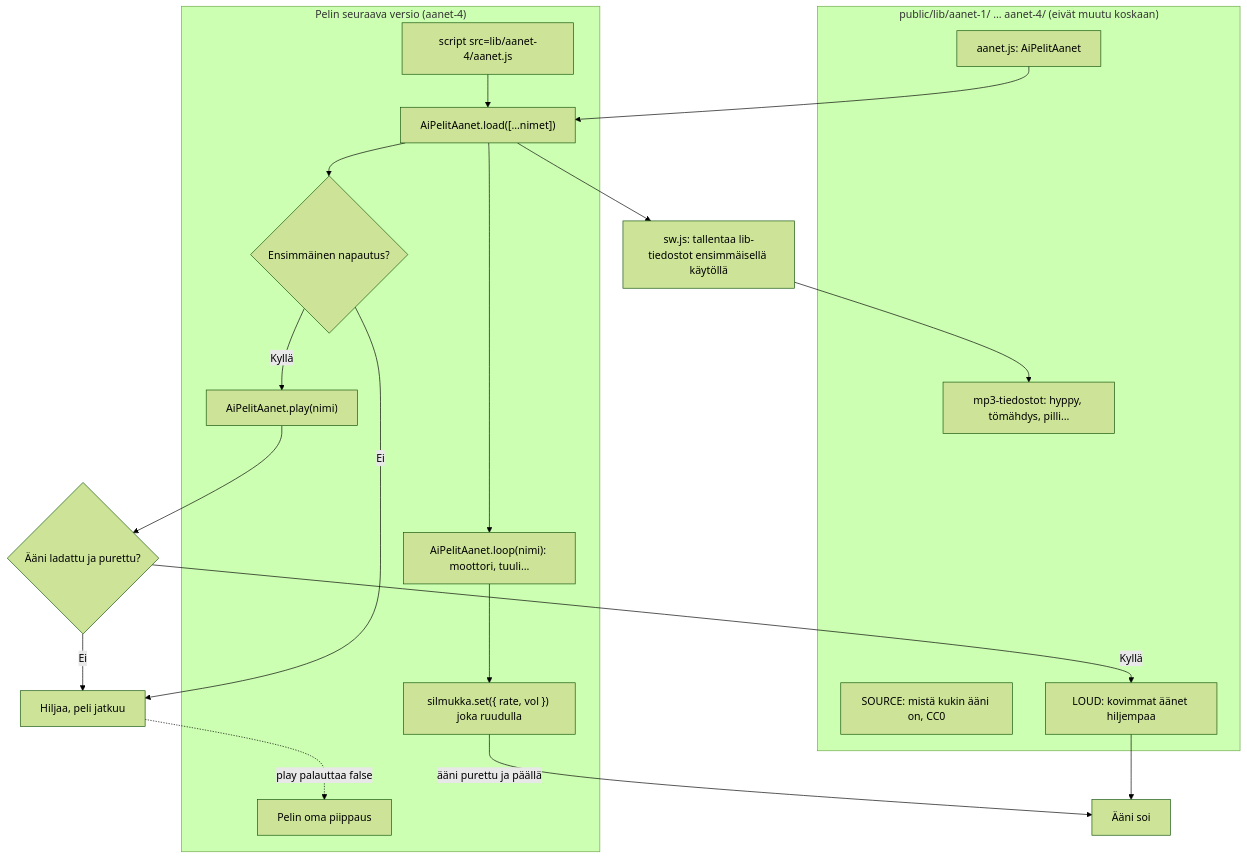
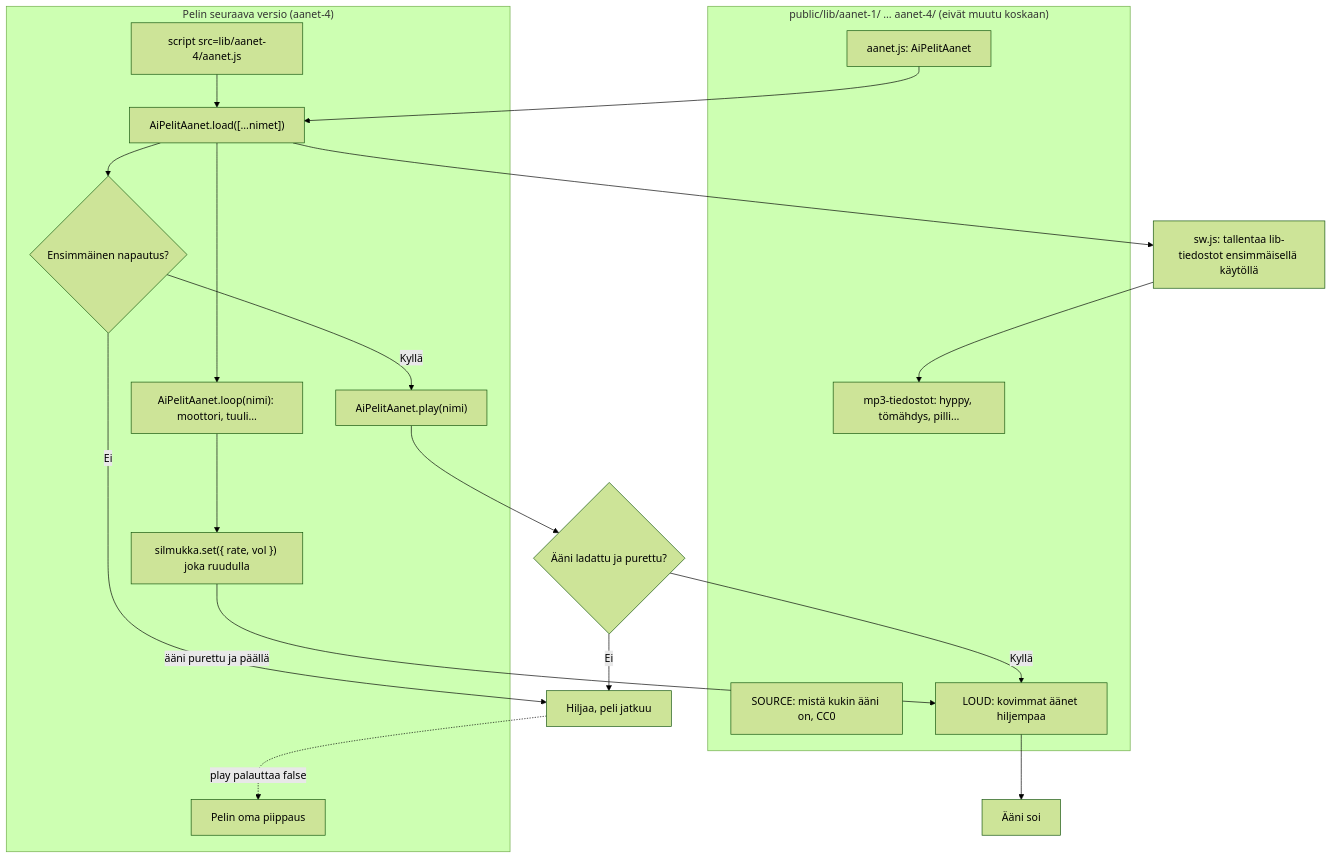
One commit to eerovil/ai-pelit changed the diagram in docs/diagrams/aanikirjasto.md. Above: the diagram before and after it, drawn with Mermaid (forest theme). The commit also changed 30 other files, not shown here.

Commit message:
Diagrams: each game's newest version has no crowd sound, and the loop goes through LOUD (#337)

````diff
--- a/docs/diagrams/aanikirjasto.md
+++ b/docs/diagrams/aanikirjasto.md
@@ -10,37 +10,37 @@
 ```mermaid
 flowchart TD
   subgraph Kirjasto["public/lib/aanet-1/ … aanet-4/ (eivät muutu koskaan)"]
     files["mp3-tiedostot: hyppy, tömähdys, pilli…"]
     lista["SOURCE: mistä kukin ääni on, CC0"]
     js["aanet.js: AiPelitAanet"]
     loud["LOUD: kovimmat äänet hiljempaa"]
   end
   subgraph Peli["Pelin seuraava versio (aanet-4)"]
     tag["script src=lib/aanet-4/aanet.js"]
     load["AiPelitAanet.load([...nimet])"]
     tap{"Ensimmäinen napautus?"}
     play["AiPelitAanet.play(nimi)"]
     loop["AiPelitAanet.loop(nimi): moottori, tuuli…"]
     set["silmukka.set({ rate, vol }) joka ruudulla"]
     beep["Pelin oma piippaus"]
   end
   sw["sw.js: tallentaa lib-tiedostot ensimmäisellä käytöllä"]
   ok{"Ääni ladattu ja purettu?"}
   soi["Ääni soi"]
   hiljaa["Hiljaa, peli jatkuu"]
   tag --> load --> tap
   tap -- Kyllä --> play --> ok
   tap -- Ei --> hiljaa
   ok -- Kyllä --> loud --> soi
   ok -- Ei --> hiljaa
   load --> loop --> set
-  set -- ääni purettu ja päällä --> soi
+  set -- ääni purettu ja päällä --> loud
   hiljaa -. play palauttaa false .-> beep
   load --> sw --> files
   js --> load
   class files,lista,js,loud teal
   class tag,load,play,loop,set blue
   class tap,ok amber
   class sw violet
   class soi,hiljaa,beep green
 ```
````
